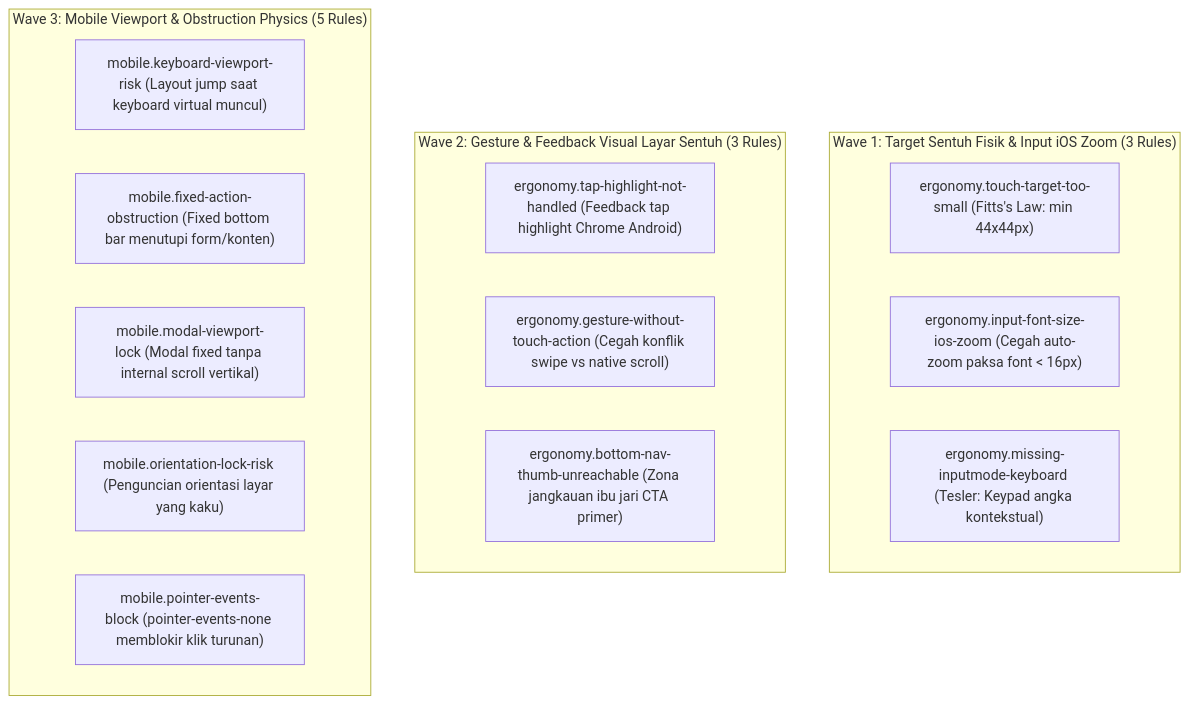
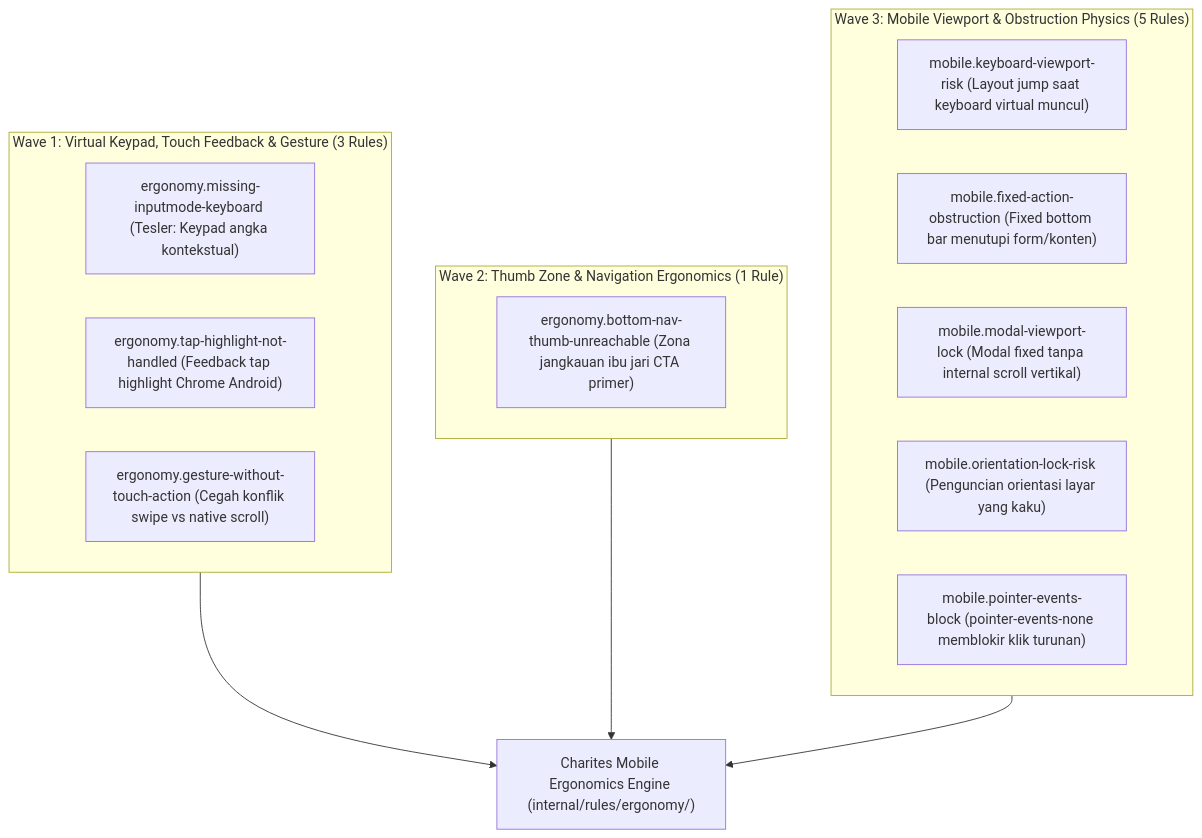
One commit to will2469/charites changed the diagram in docs/01-spec/expansion/ergonomy.md. Above: the diagram before and after it, drawn with Mermaid. The commit also changed other lines of this file and 33 other files, not shown here.

First line of the commit message:
feat(ergonomy): implement Wave 1 virtual keypad, tap highlight & gesture rules with 1-SSOT golden corpus

````diff
--- a/docs/01-spec/expansion/ergonomy.md
+++ b/docs/01-spec/expansion/ergonomy.md
@@ -20,22 +26,24 @@
 ```mermaid
 flowchart TD
-    subgraph W1 ["Wave 1: Target Sentuh Fisik & Input iOS Zoom (3 Rules)"]
-        E1["ergonomy.touch-target-too-small (Fitts's Law: min 44x44px)"]
-        E2["ergonomy.input-font-size-ios-zoom (Cegah auto-zoom paksa font < 16px)"]
-        E3["ergonomy.missing-inputmode-keyboard (Tesler: Keypad angka kontekstual)"]
+    subgraph W1 ["Wave 1: Virtual Keypad, Touch Feedback & Gesture (3 Rules)"]
+        E1["ergonomy.missing-inputmode-keyboard (Tesler: Keypad angka kontekstual)"]
+        E2["ergonomy.tap-highlight-not-handled (Feedback tap highlight Chrome Android)"]
+        E3["ergonomy.gesture-without-touch-action (Cegah konflik swipe vs native scroll)"]
     end
 
-    subgraph W2 ["Wave 2: Gesture & Feedback Visual Layar Sentuh (3 Rules)"]
-        E4["ergonomy.tap-highlight-not-handled (Feedback tap highlight Chrome Android)"]
-        E5["ergonomy.gesture-without-touch-action (Cegah konflik swipe vs native scroll)"]
-        E6["ergonomy.bottom-nav-thumb-unreachable (Zona jangkauan ibu jari CTA primer)"]
+    subgraph W2 ["Wave 2: Thumb Zone & Navigation Ergonomics (1 Rule)"]
+        E4["ergonomy.bottom-nav-thumb-unreachable (Zona jangkauan ibu jari CTA primer)"]
     end
 
     subgraph W3 ["Wave 3: Mobile Viewport & Obstruction Physics (5 Rules)"]
         M1["mobile.keyboard-viewport-risk (Layout jump saat keyboard virtual muncul)"]
         M2["mobile.fixed-action-obstruction (Fixed bottom bar menutupi form/konten)"]
         M3["mobile.modal-viewport-lock (Modal fixed tanpa internal scroll vertikal)"]
         M4["mobile.orientation-lock-risk (Penguncian orientasi layar yang kaku)"]
         M5["mobile.pointer-events-block (pointer-events-none memblokir klik turunan)"]
     end
+
+    W1 --> ENGINE["Charites Mobile Ergonomics Engine (internal/rules/ergonomy/)"]
+    W2 --> ENGINE
+    W3 --> ENGINE
 ```
````
